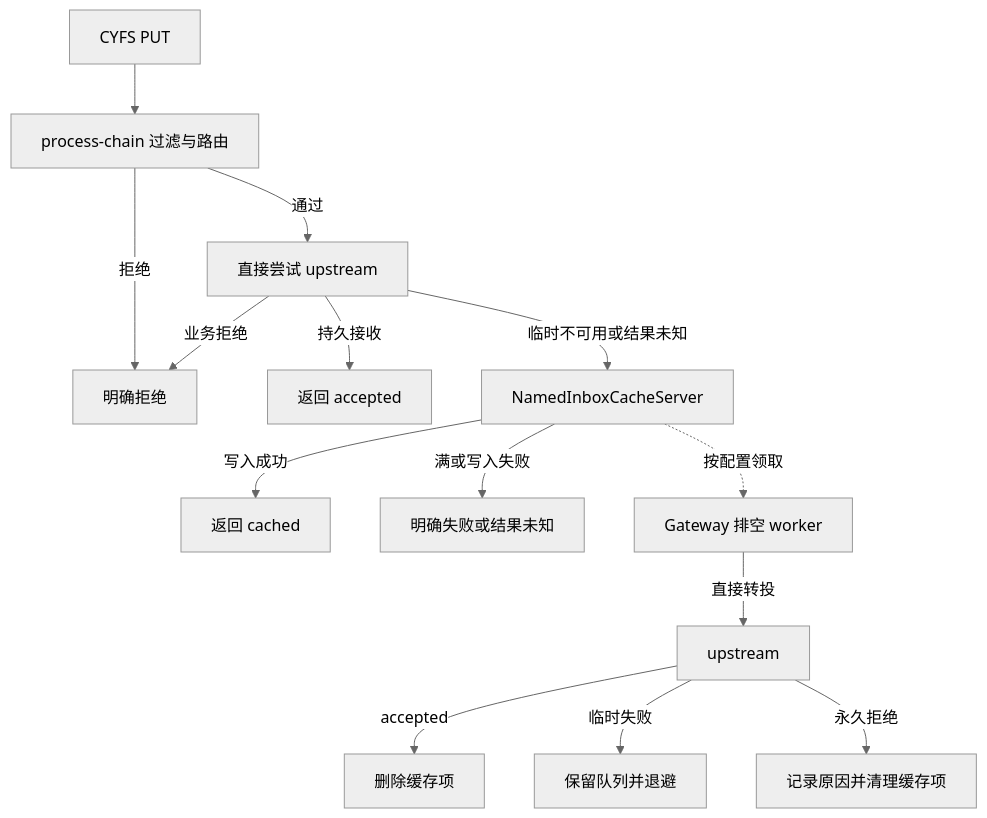
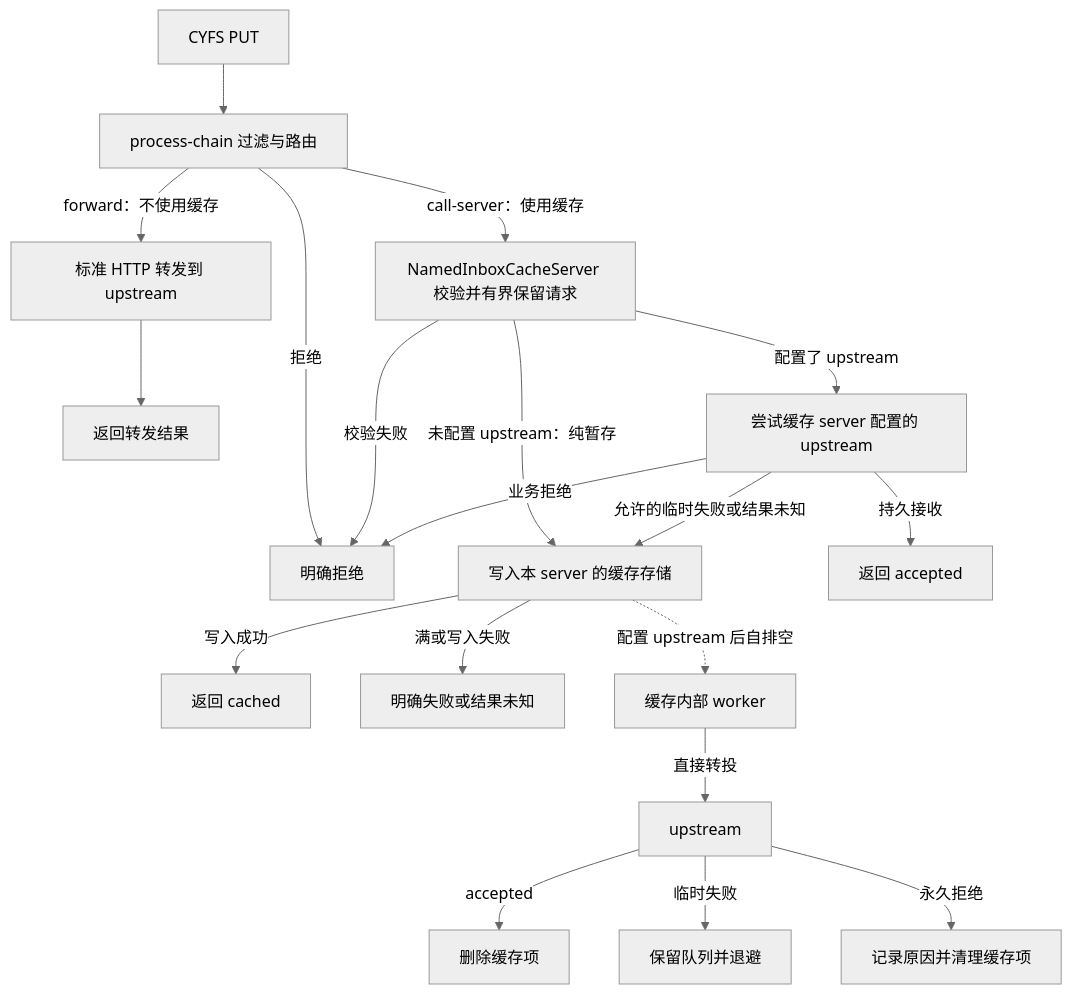
The diagram in doc/NamedInboxCacheServer设计.md (buckyos/cyfs-gateway), drawn with Mermaid (neutral theme) before and after one commit. The commit also changed other lines of this file and 14 other files, not shown here.

Commit message:
add named inbox cache server

````diff
--- a/doc/NamedInboxCacheServer设计.md
+++ b/doc/NamedInboxCacheServer设计.md
@@ -43,16 +45,21 @@
 ```mermaid
 flowchart TD
     A[CYFS PUT] --> B[process-chain 过滤与路由]
     B -->|拒绝| R[明确拒绝]
-    B -->|通过| U[直接尝试 upstream]
+    B -->|forward：不使用缓存| D[标准 HTTP 转发到 upstream]
+    D --> E[返回转发结果]
+    B -->|call-server：使用缓存| N[NamedInboxCacheServer 校验并有界保留请求]
+    N -->|校验失败| R
+    N -->|配置了 upstream| U[尝试缓存 server 配置的 upstream]
+    N -->|未配置 upstream：纯暂存| C[写入本 server 的缓存存储]
     U -->|持久接收| Y[返回 accepted]
     U -->|业务拒绝| R
-    U -->|临时不可用或结果未知| C[NamedInboxCacheServer]
+    U -->|允许的临时失败或结果未知| C
     C -->|写入成功| Q[返回 cached]
     C -->|满或写入失败| F[明确失败或结果未知]
-    C -.按配置领取.-> W[Gateway 排空 worker]
+    C -.配置 upstream 后自排空.-> W[缓存内部 worker]
     W -->|直接转投| U2[upstream]
     U2 -->|accepted| T[删除缓存项]
     U2 -->|临时失败| K[保留队列并退避]
     U2 -->|永久拒绝| J[记录原因并清理缓存项]
 ```
````
